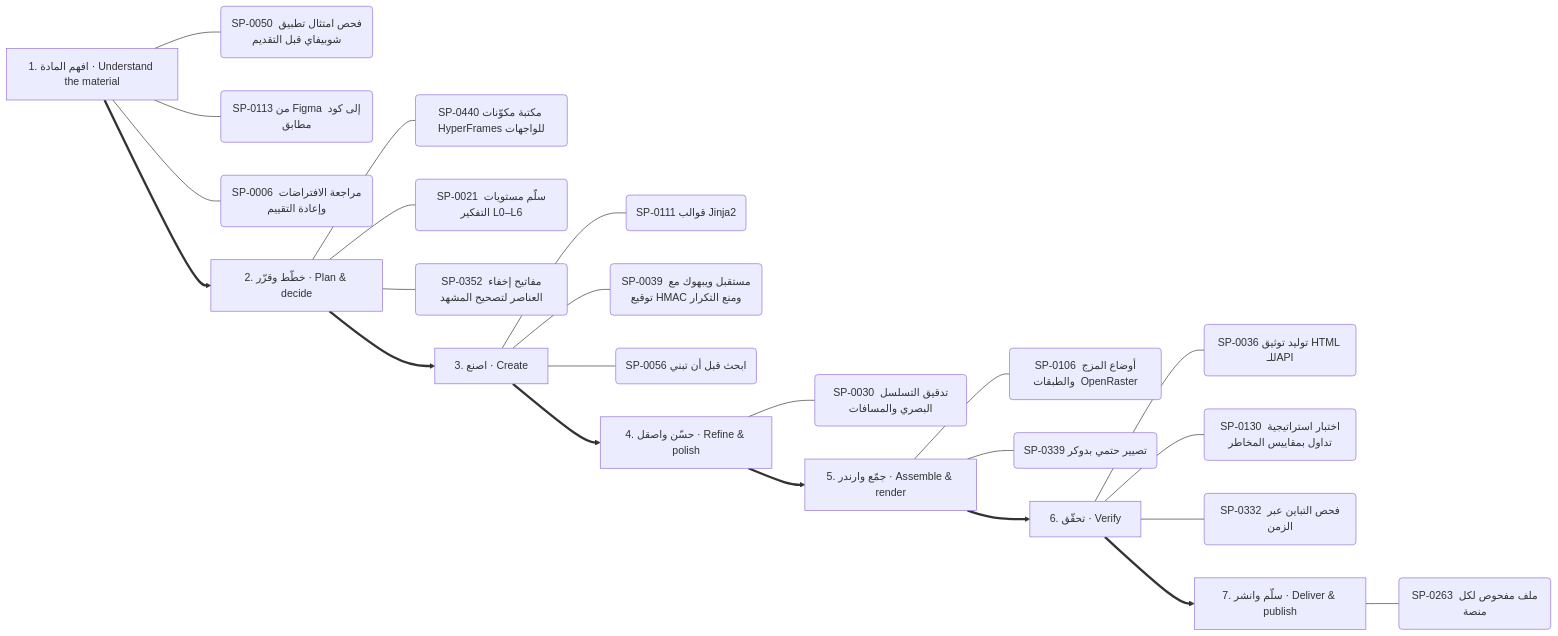
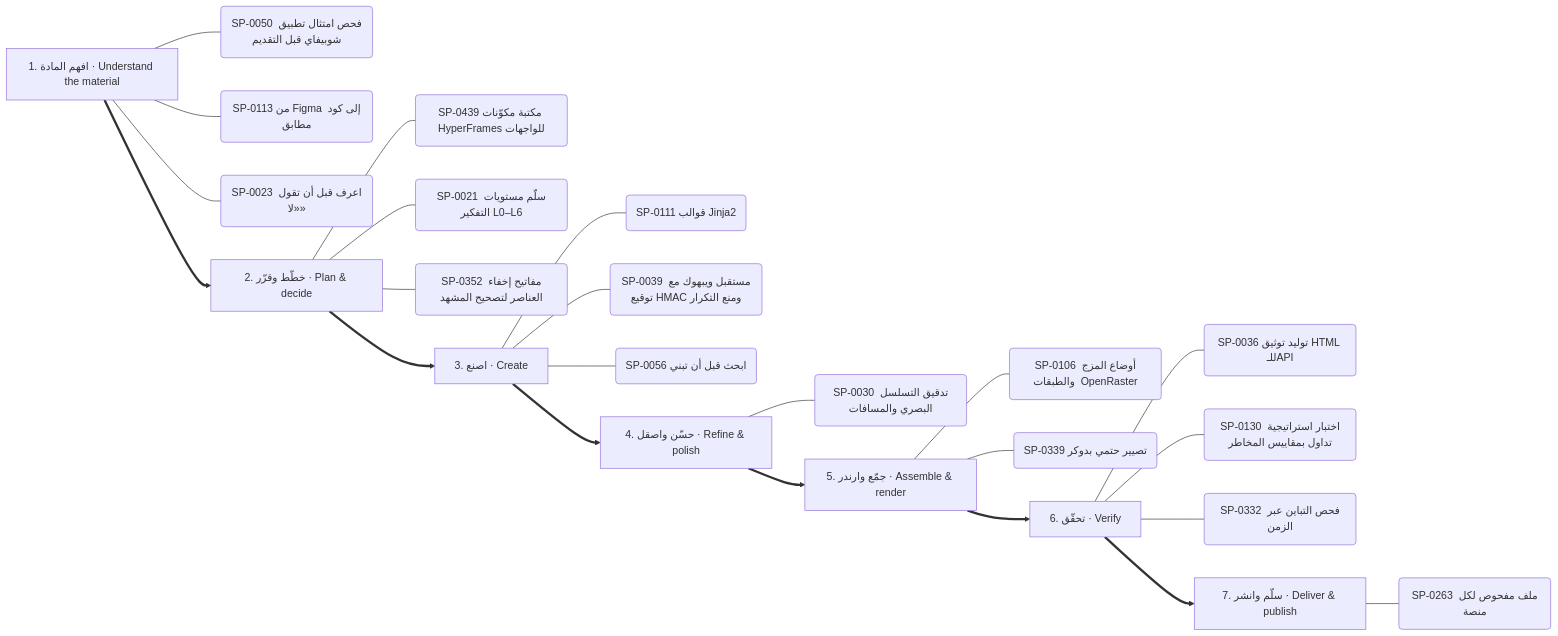
Before and after one commit to kosif199022-jpg/kosif-tool: the ninth of 13 diagrams in .claude/skills/kosif-superpowers/references/capability-mindmap.md, drawn with Mermaid. The commit also changed other lines of this file and 25 other files, not shown here.

````diff
--- a/.claude/skills/kosif-superpowers/references/capability-mindmap.md
+++ b/.claude/skills/kosif-superpowers/references/capability-mindmap.md
@@ -454,32 +454,32 @@
 ```mermaid
 flowchart LR
   S0["1. افهم المادة · Understand the material"]
   S0 --- S0_0("SP-0050 فحص امتثال تطبيق شوبيفاي قبل التقديم")
   S0 --- S0_1("SP-0113 من Figma إلى كود مطابق")
-  S0 --- S0_2("SP-0006 مراجعة الافتراضات وإعادة التقييم")
+  S0 --- S0_2("SP-0023 اعرف قبل أن تقول «لا»")
   S1["2. خطّط وقرّر · Plan & decide"]
-  S1 --- S1_0("SP-0440 مكتبة مكوّنات HyperFrames للواجهات")
+  S1 --- S1_0("SP-0439 مكتبة مكوّنات HyperFrames للواجهات")
   S1 --- S1_1("SP-0021 سلّم مستويات التفكير L0–L6")
   S1 --- S1_2("SP-0352 مفاتيح إخفاء العناصر لتصحيح المشهد")
   S0 ==> S1
   S2["3. اصنع · Create"]
   S2 --- S2_0("SP-0111 قوالب Jinja2")
   S2 --- S2_1("SP-0039 مستقبل ويبهوك مع توقيع HMAC ومنع التكرار")
   S2 --- S2_2("SP-0056 ابحث قبل أن تبني")
   S1 ==> S2
   S3["4. حسّن واصقل · Refine & polish"]
   S3 --- S3_0("SP-0030 تدقيق التسلسل البصري والمسافات")
   S2 ==> S3
   S4["5. جمّع وارندر · Assemble & render"]
   S4 --- S4_0("SP-0106 أوضاع المزج والطبقات  OpenRaster ")
   S4 --- S4_1("SP-0339 تصيير حتمي بدوكر")
   S3 ==> S4
   S5["6. تحقّق · Verify"]
   S5 --- S5_0("SP-0036 توليد توثيق HTML للـAPI")
   S5 --- S5_1("SP-0130 اختبار استراتيجية تداول بمقاييس المخاطر")
   S5 --- S5_2("SP-0332 فحص التباين عبر الزمن")
   S4 ==> S5
   S6["7. سلّم وانشر · Deliver & publish"]
   S6 --- S6_0("SP-0263 ملف مفحوص لكل منصة")
   S5 ==> S6
 ```
````
